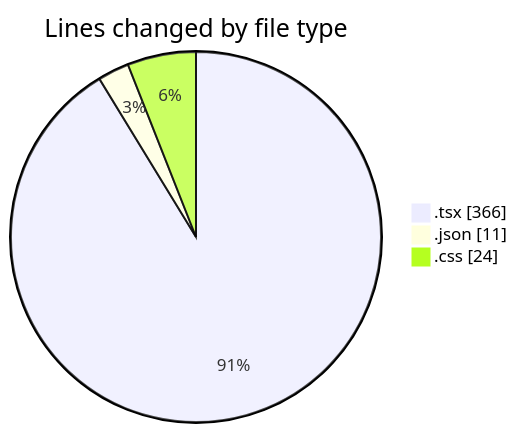
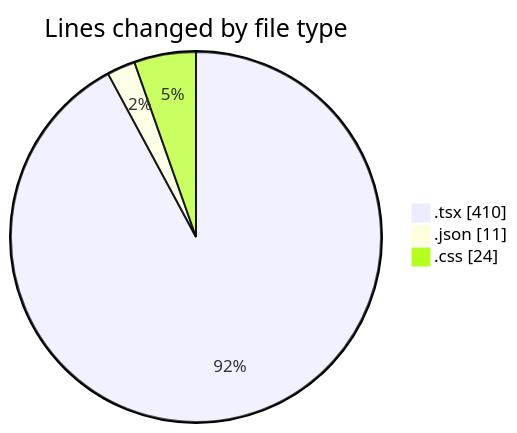
One commit to Elitesun/code-tracking changed the first of 2 diagrams in 2025-05-05/niten/README.md. Above: the diagram before and after it, drawn with Mermaid. The commit also changed other lines of this file and 1 other file, not shown here.

````diff
--- a/2025-05-05/niten/README.md
+++ b/2025-05-05/niten/README.md
@@ -30,7 +30,7 @@
 ```mermaid
 pie showData
 title Lines changed by file type
-".tsx" : 366
+".tsx" : 410
 ".json" : 11
 ".css" : 24
 ```
````
